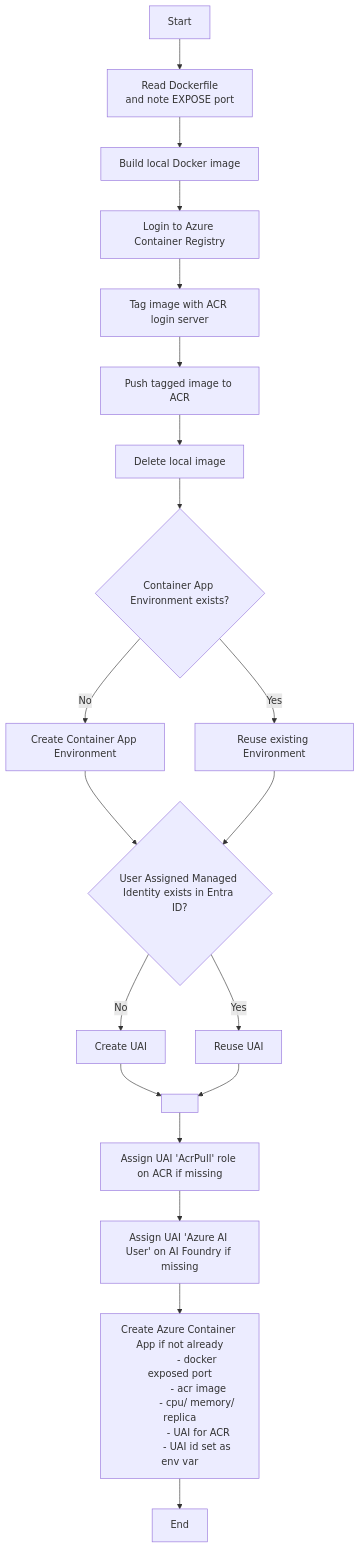
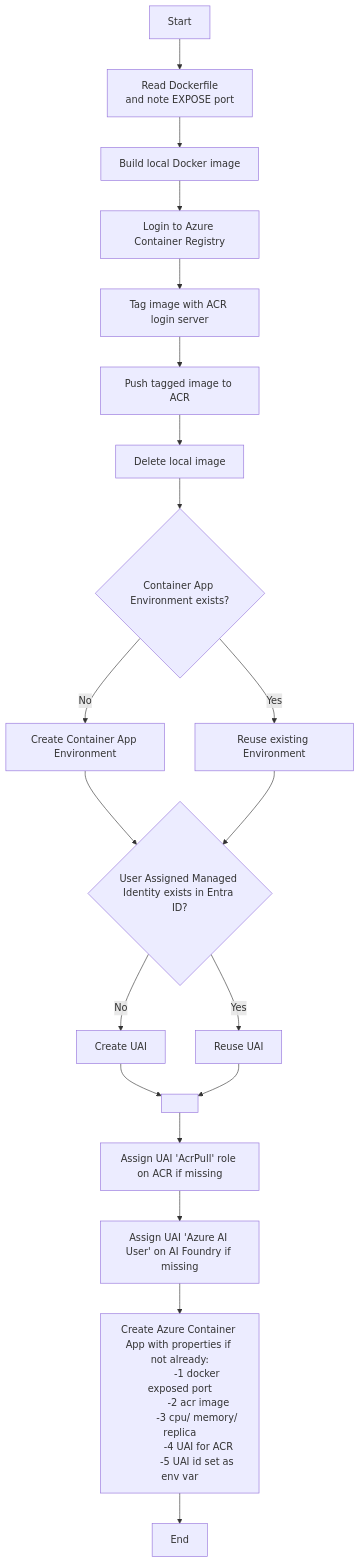
One commit to PurnaChandraPanda/azure-ai-agent-sdk-samples changed the diagram in agents-webapp-ui/readme.md. Above: the diagram before and after it, drawn with Mermaid.

Commit message:
readme update

````diff
--- a/agents-webapp-ui/readme.md
+++ b/agents-webapp-ui/readme.md
@@ -48,37 +48,37 @@
 ```mermaid
 flowchart TD
     %% Local build and push
     A[Start] --> B[Read Dockerfile<br/>and note EXPOSE port]
     B --> C[Build local Docker image]
     C --> D[Login to Azure Container Registry]
     D --> E[Tag image with ACR login server]
     E --> F[Push tagged image to ACR]
     F --> G[Delete local image]
 
     %% Azure resource setup
     G --> H{Container App Environment exists?}
     H -- "No" --> I[Create Container App Environment]
     H -- "Yes" --> J[Reuse existing Environment]
     I --> K
     J --> K
 
     K{User Assigned Managed Identity exists in Entra ID?}
     K -- "No" --> L[Create UAI]
     K -- "Yes" --> M[Reuse UAI]
     L --> N[ ]
     M --> N[ ]
 
     %% Role assignments
     N --> O[Assign UAI 'AcrPull' role on ACR if missing]
     O --> P[Assign UAI 'Azure AI User' on AI Foundry if missing]
 
     %% Container App creation/update
-    P --> Q[Create Azure Container App if not already
-            - docker exposed port
-            - acr image
-            - cpu/ memory/ replica
-            - UAI for ACR
-            - UAI id set as env var
+    P --> Q[Create Azure Container App with properties if not already:
+            -1 docker exposed port
+            -2 acr image
+            -3 cpu/ memory/ replica
+            -4 UAI for ACR
+            -5 UAI id set as env var
     ]
     Q --> R[End]
 ```
````
